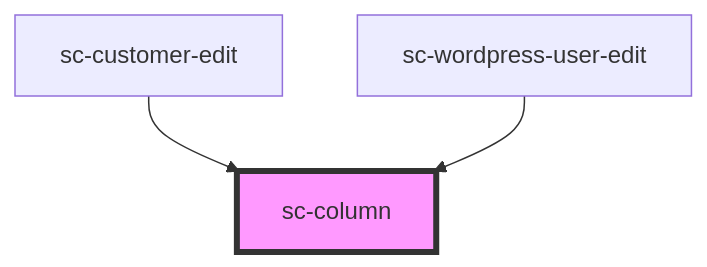
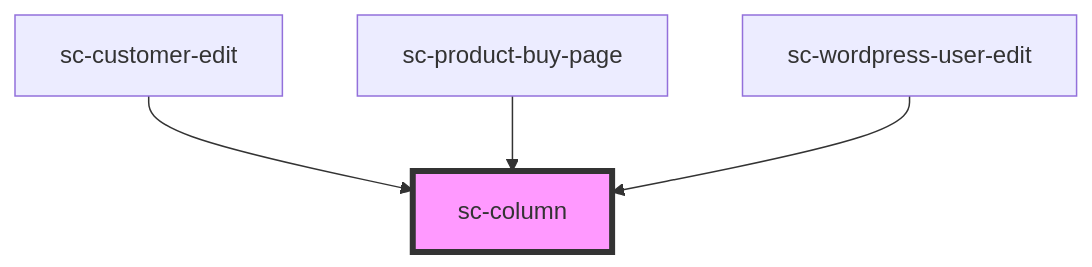
The diagram in packages/components/src/components/ui/column/readme.md (surecart/surecart-wp-plugin), drawn with Mermaid before and after one commit. The commit also changed other lines of this file and 15 other files, not shown here.

````diff
--- a/packages/components/src/components/ui/column/readme.md
+++ b/packages/components/src/components/ui/column/readme.md
@@ -16,6 +17,7 @@
 ```mermaid
 graph TD;
   sc-customer-edit --> sc-column
+  sc-product-buy-page --> sc-column
   sc-wordpress-user-edit --> sc-column
   style sc-column fill:#f9f,stroke:#333,stroke-width:4px
 ```
````
